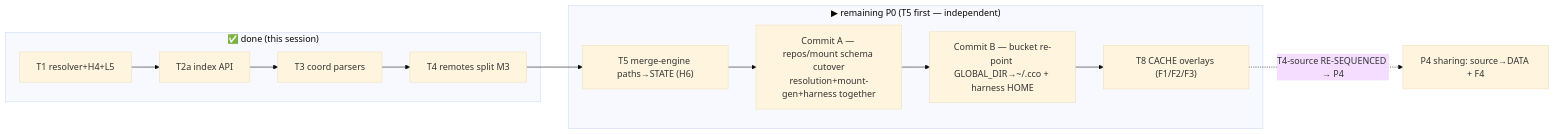
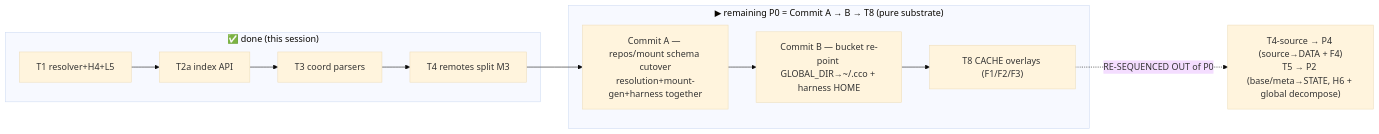
Before and after one commit to alergyonthestage/claude-orchestrator: the diagram in docs/maintainer/configuration/decentralized-config/Z-handoff-p0-resume.md, drawn with Mermaid (base theme). The commit also changed other lines of this file and 4 other files, not shown here.

````diff
--- a/docs/maintainer/configuration/decentralized-config/Z-handoff-p0-resume.md
+++ b/docs/maintainer/configuration/decentralized-config/Z-handoff-p0-resume.md
@@ -23,14 +23,13 @@
 ```mermaid
 flowchart LR
   subgraph done["✅ done (this session)"]
     T1["T1 resolver+H4+L5"] --> T2a["T2a index API"] --> T3["T3 coord parsers"] --> T4r["T4 remotes split M3"]
   end
-  subgraph next["▶ remaining P0 (T5 first — independent)"]
-    T5["T5 merge-engine paths→STATE (H6)"]
-    T5 --> CA["Commit A — repos/mount schema cutover<br/>resolution+mount-gen+harness together"]
+  subgraph next["▶ remaining P0 = Commit A → B → T8 (pure substrate)"]
+    CA["Commit A — repos/mount schema cutover<br/>resolution+mount-gen+harness together"]
     CA --> CB["Commit B — bucket re-point GLOBAL_DIR→~/.cco + harness HOME"]
     CB --> T8["T8 CACHE overlays (F1/F2/F3)"]
   end
-  T4r --> T5
-  T8 -. "T4-source RE-SEQUENCED → P4" .-> P4["P4 sharing: source→DATA + F4"]
+  T4r --> CA
+  T8 -. "RE-SEQUENCED OUT of P0" .-> later["T4-source → P4 (source→DATA + F4)<br/>T5 → P2 (base/meta→STATE, H6 + global decompose)"]
 ```
````
